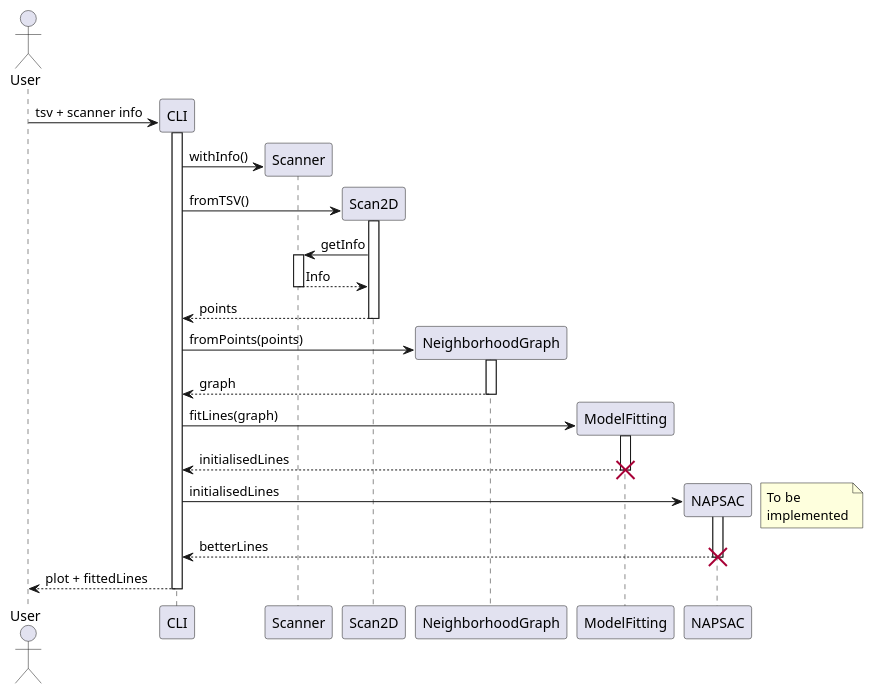
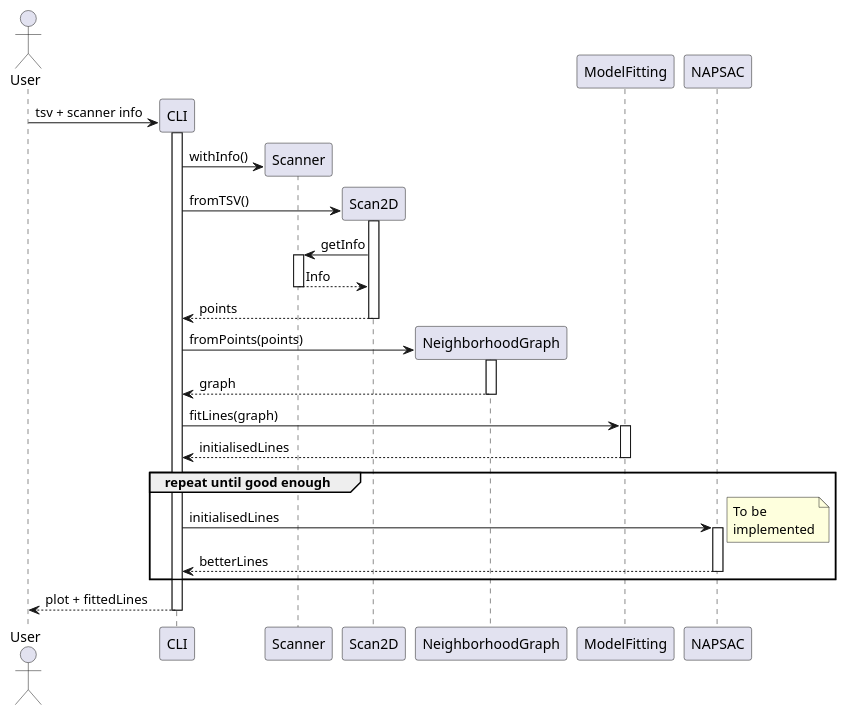
One commit to tsteffek/floor-plan-generator changed the diagram in src/docs/sequence.puml. Above: the diagram before and after it, drawn with PlantUML. The commit also changed 6 other files, not shown here.

```diff
--- a/src/docs/sequence.puml
+++ b/src/docs/sequence.puml
@@ -1,29 +1,25 @@
 @startuml
+
 actor User
 create CLI
 User -> CLI ++ : tsv + scanner info
 create Scanner
 CLI -> Scanner: withInfo()
 create Scan2D
 CLI -> Scan2D ++: fromTSV()
 Scan2D -> Scanner ++ : getInfo
 return Info
 return points
 create NeighborhoodGraph
 CLI -> NeighborhoodGraph ++ : fromPoints(points)
 return graph
-create ModelFitting
 CLI -> ModelFitting ++ : fitLines(graph)
 return initialisedLines
-destroy ModelFitting
-create NAPSAC
-CLI -> NAPSAC ++ : initialisedLines
-note right : To be\nimplemented
-return betterLines
-destroy NAPSAC
-
+group repeat until good enough
+    CLI -> NAPSAC ++ : initialisedLines
+    note right : To be\nimplemented
+    return betterLines
+end
 return plot + fittedLines
 
-
-
 @enduml
```
